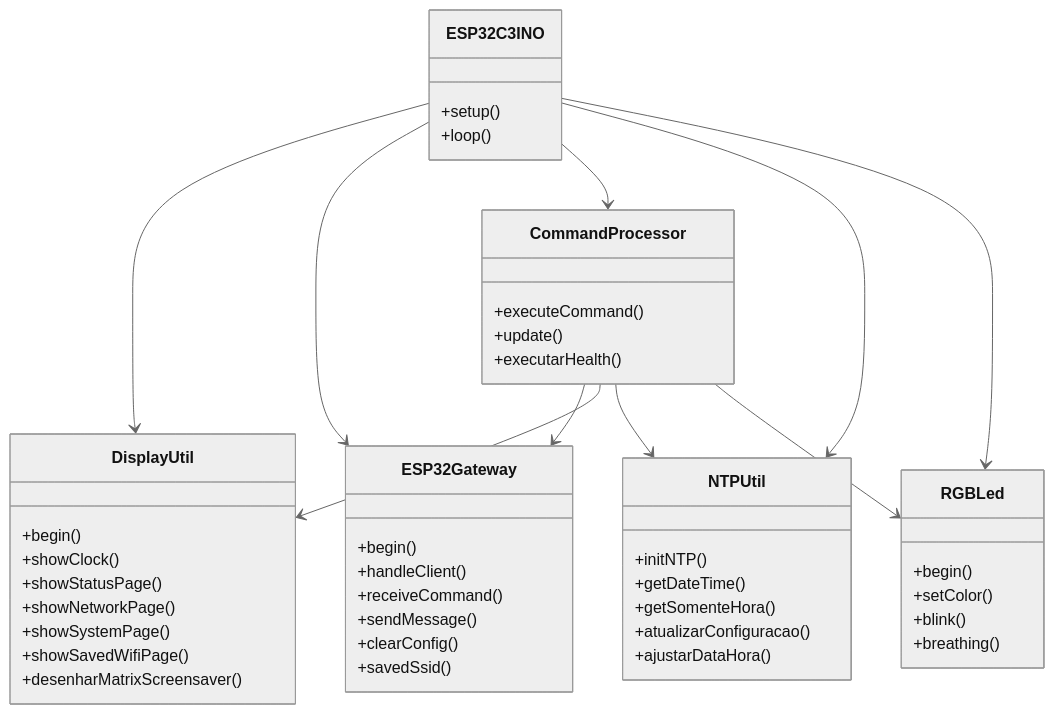
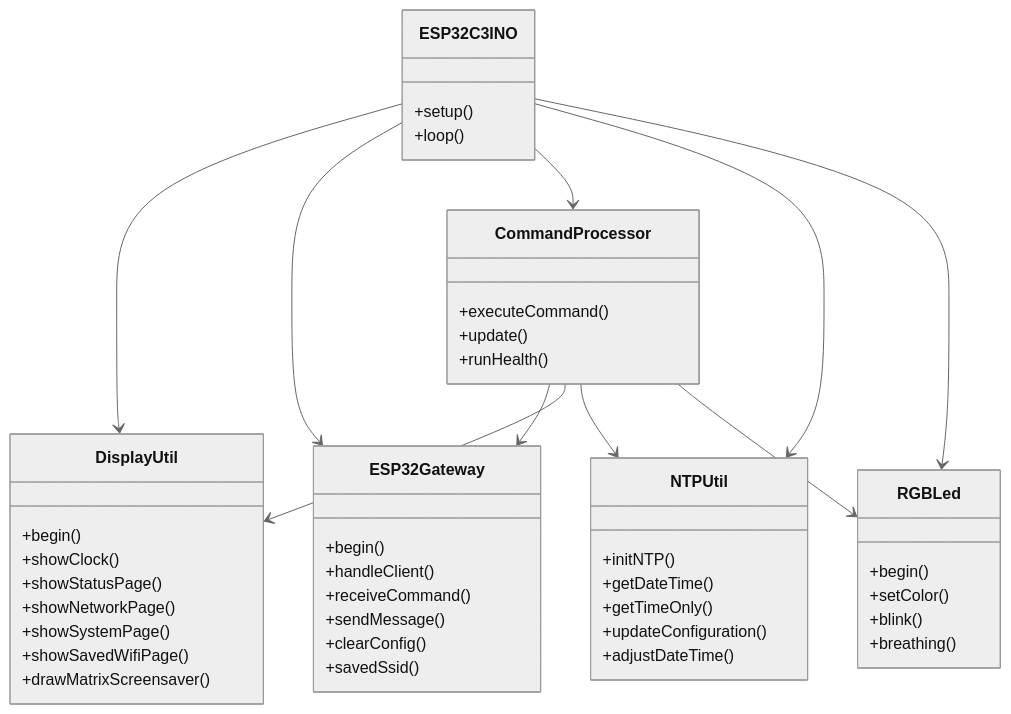
Before and after one commit to paulocfmarques-collab/esp32C3: the second of 4 diagrams in README.md, drawn with Mermaid (neutral theme). The commit also changed other lines of this file, not shown here.

Commit message:
Fix Mermaid diagrams and translate README to English

````diff
--- a/README.md
+++ b/README.md
@@ -54,57 +54,57 @@
 ```mermaid
 classDiagram
     class ESP32C3INO {
       +setup()
       +loop()
     }
 
     class DisplayUtil {
       +begin()
       +showClock()
       +showStatusPage()
       +showNetworkPage()
       +showSystemPage()
       +showSavedWifiPage()
-      +desenharMatrixScreensaver()
+      +drawMatrixScreensaver()
     }
 
     class ESP32Gateway {
       +begin()
       +handleClient()
       +receiveCommand()
       +sendMessage()
       +clearConfig()
       +savedSsid()
     }
 
     class CommandProcessor {
       +executeCommand()
       +update()
-      +executarHealth()
+      +runHealth()
     }
 
     class NTPUtil {
       +initNTP()
       +getDateTime()
-      +getSomenteHora()
-      +atualizarConfiguracao()
-      +ajustarDataHora()
+      +getTimeOnly()
+      +updateConfiguration()
+      +adjustDateTime()
     }
 
     class RGBLed {
       +begin()
       +setColor()
       +blink()
       +breathing()
     }
 
     ESP32C3INO --> DisplayUtil
     ESP32C3INO --> ESP32Gateway
     ESP32C3INO --> CommandProcessor
     ESP32C3INO --> NTPUtil
     ESP32C3INO --> RGBLed
     CommandProcessor --> ESP32Gateway
     CommandProcessor --> DisplayUtil
     CommandProcessor --> NTPUtil
     CommandProcessor --> RGBLed
 ```
````
